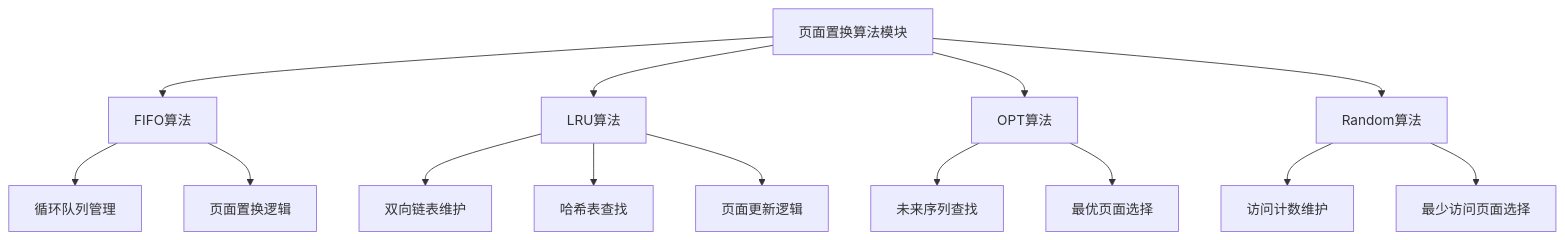
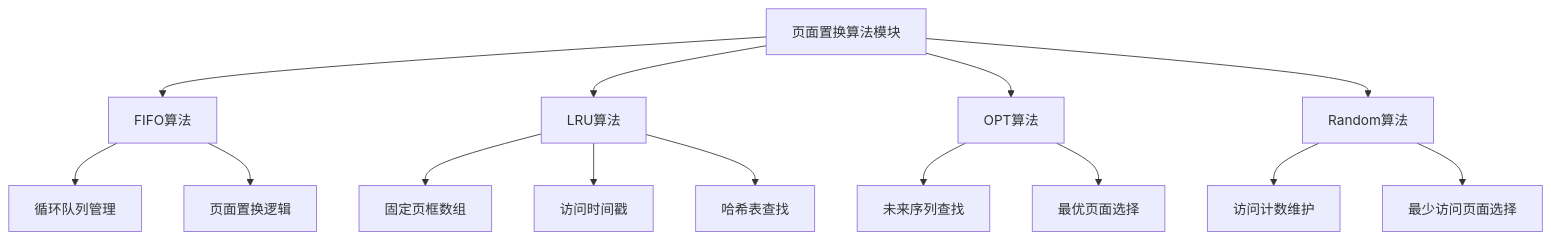
One commit to zhengky-paper-account/-CF-OF- changed the diagram in README.md. Above: the diagram before and after it, drawn with Mermaid. The commit also changed other lines of this file, not shown here.

````diff
--- a/README.md
+++ b/README.md
@@ -60,17 +17,17 @@
 ```mermaid
 flowchart TB
     A[页面置换算法模块]
     A --> B[FIFO算法]
     A --> C[LRU算法]
     A --> D[OPT算法]
     A --> E[Random算法]
     B --> B1[循环队列管理]
     B --> B2[页面置换逻辑]
-    C --> C1[双向链表维护]
-    C --> C2[哈希表查找]
-    C --> C3[页面更新逻辑]
+    C --> C1[固定页框数组]
+    C --> C2[访问时间戳]
+    C --> C3[哈希表查找]
     D --> D1[未来序列查找]
     D --> D2[最优页面选择]
     E --> E1[访问计数维护]
     E --> E2[最少访问页面选择]
 ```
````
